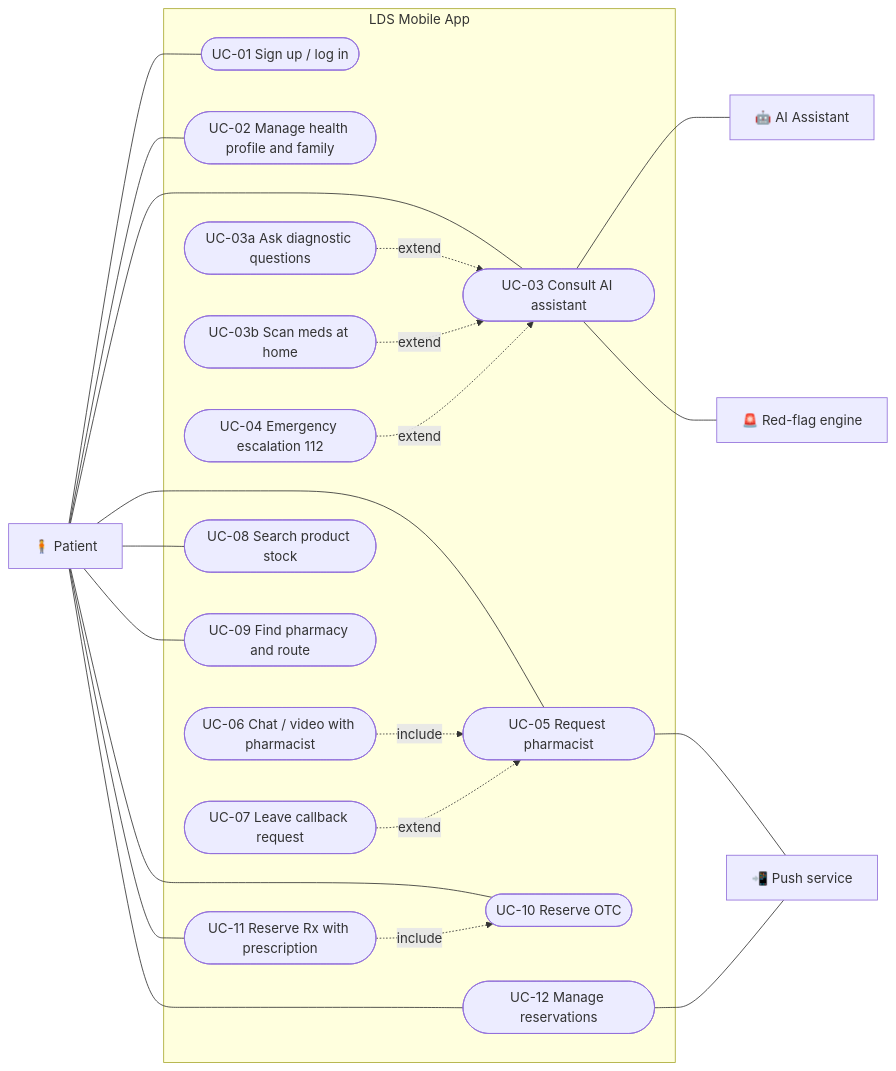
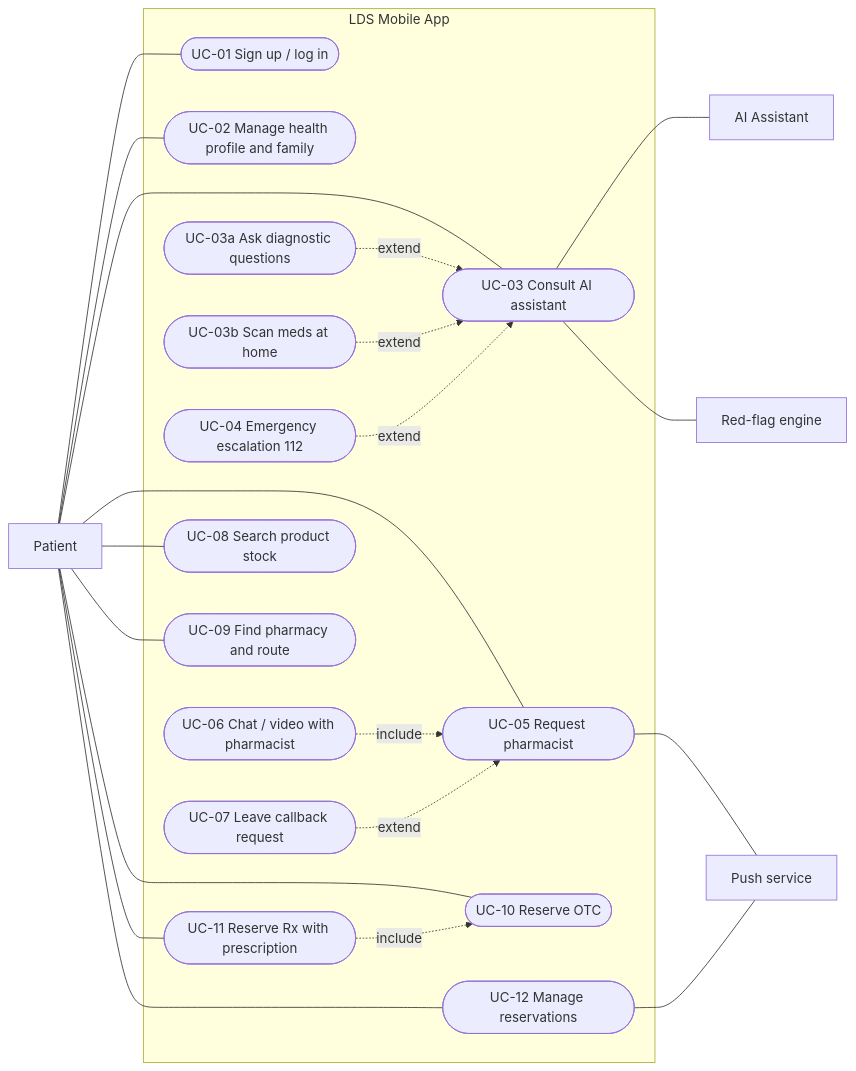
The first of 3 diagrams in docs/04-use-cases.md (MehaiIulian/medical-localdistributionsystem), drawn with Mermaid before and after one commit. The commit also changed other lines of this file and 10 other files, not shown here.

````diff
--- a/docs/04-use-cases.md
+++ b/docs/04-use-cases.md
@@ -29,47 +29,47 @@
 ```mermaid
 flowchart LR
-    Patient[🧍 Patient]
+    Patient[Patient]
 
     subgraph LDS["LDS Mobile App"]
         UC1([UC-01 Sign up / log in])
         UC2([UC-02 Manage health profile and family])
         UC3([UC-03 Consult AI assistant])
         UC3a([UC-03a Ask diagnostic questions])
         UC3b([UC-03b Scan meds at home])
         UC4([UC-04 Emergency escalation 112])
         UC5([UC-05 Request pharmacist])
         UC6([UC-06 Chat / video with pharmacist])
         UC7([UC-07 Leave callback request])
         UC8([UC-08 Search product stock])
         UC9([UC-09 Find pharmacy and route])
         UC10([UC-10 Reserve OTC])
         UC11([UC-11 Reserve Rx with prescription])
         UC12([UC-12 Manage reservations])
     end
 
-    AI[🤖 AI Assistant]
-    RFE[🚨 Red-flag engine]
-    Push[📲 Push service]
+    AI[AI Assistant]
+    RFE[Red-flag engine]
+    Push[Push service]
 
     Patient --- UC1
     Patient --- UC2
     Patient --- UC3
     Patient --- UC5
     Patient --- UC8
     Patient --- UC9
     Patient --- UC10
     Patient --- UC11
     Patient --- UC12
 
     UC3a -. extend .-> UC3
     UC3b -. extend .-> UC3
     UC4 -. extend .-> UC3
     UC6 -. include .-> UC5
     UC7 -. extend .-> UC5
     UC11 -. include .-> UC10
 
     UC3 --- AI
     UC3 --- RFE
     UC5 --- Push
     UC12 --- Push
 ```
````
